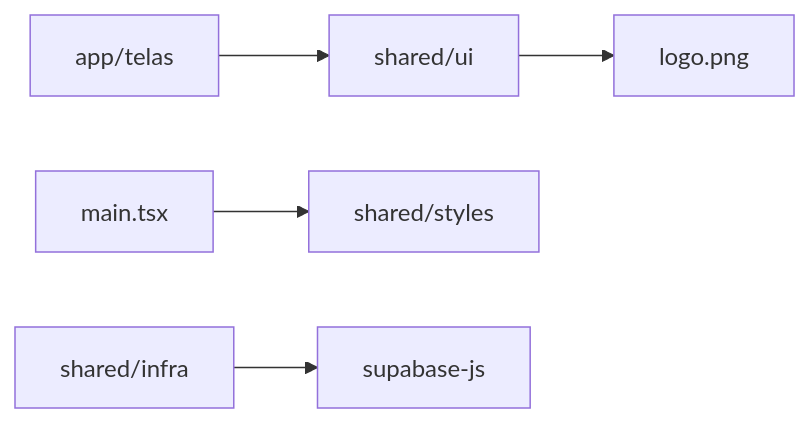
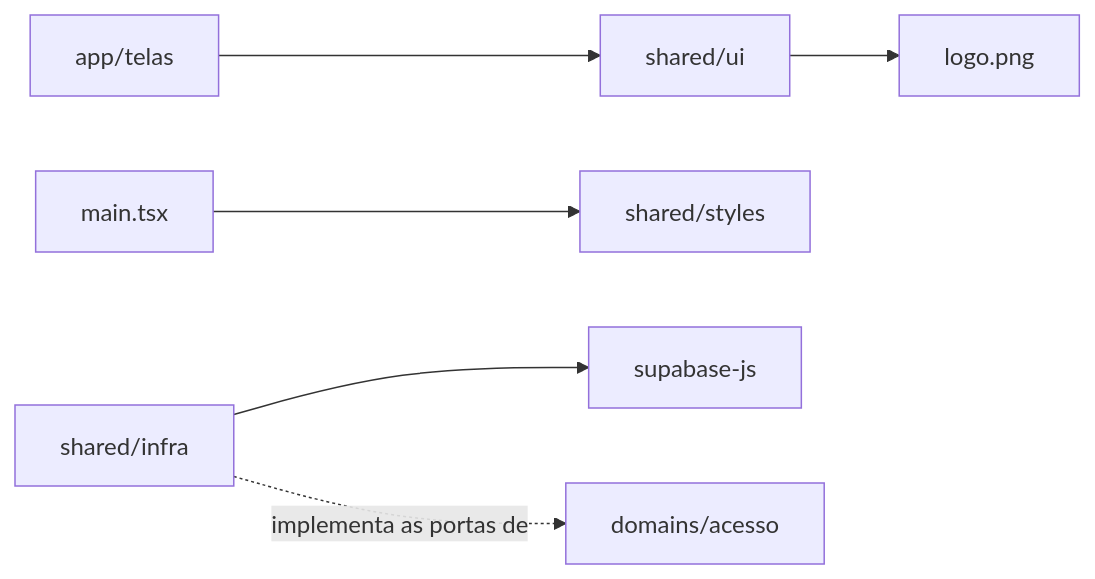
One commit to TokumoH/RevocastCameras changed the diagram in src/shared/README.md. Above: the diagram before and after it, drawn with Mermaid. The commit also changed other lines of this file and 9 other files, not shown here.

````diff
--- a/src/shared/README.md
+++ b/src/shared/README.md
@@ -52,7 +52,8 @@
 ```mermaid
 flowchart LR
     T[app/telas] --> U[shared/ui]
     U --> L[logo.png]
     M[main.tsx] --> S[shared/styles]
     I[shared/infra] --> E[supabase-js]
+    I -. implementa as portas de .-> D[domains/acesso]
 ```
````
